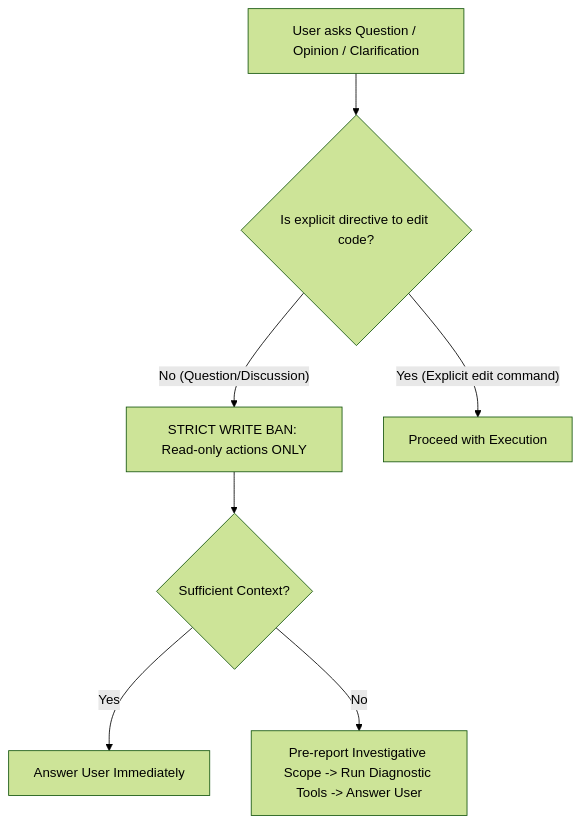
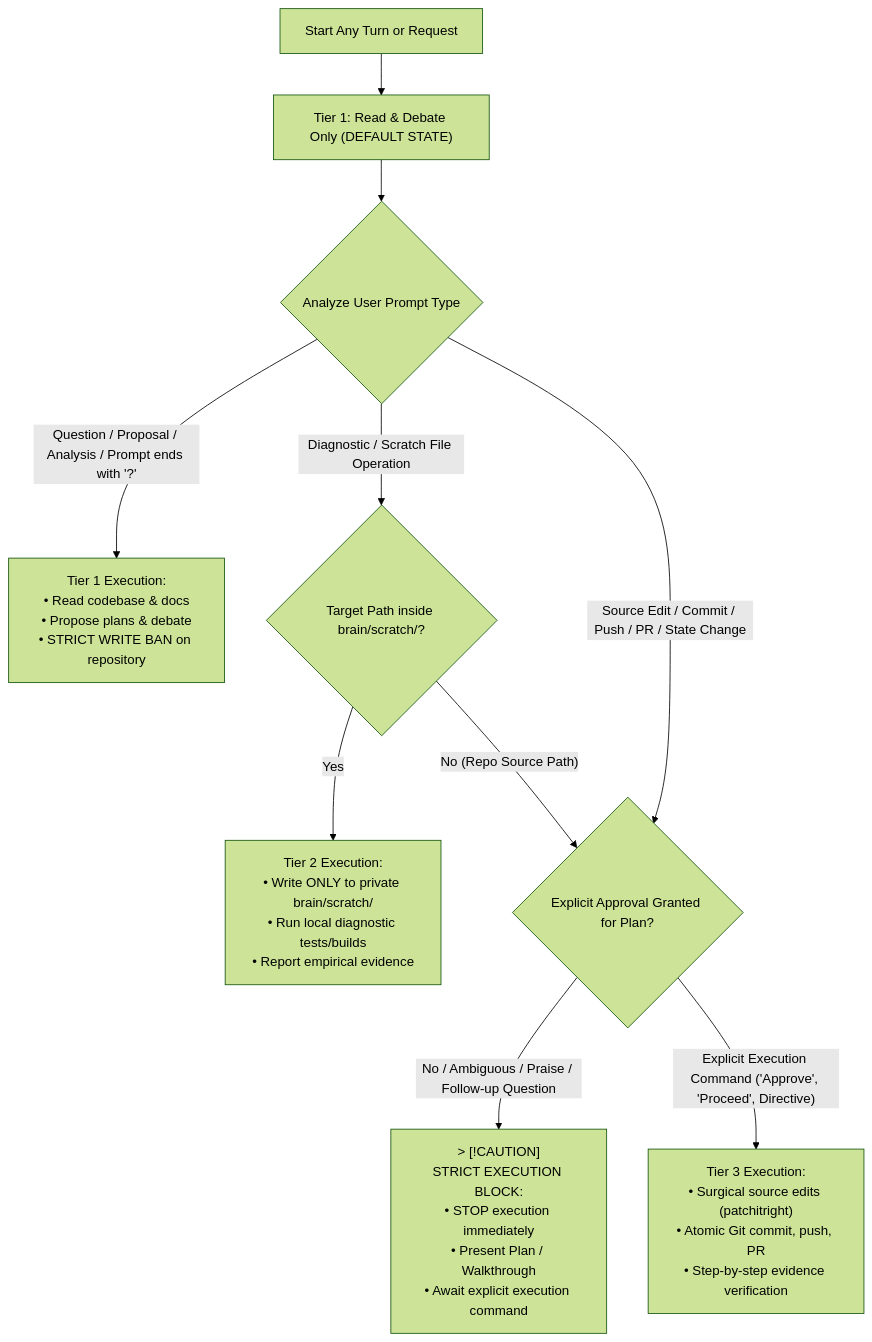
Before and after one commit to loerei/myskills: the second of 7 diagrams in AGENTS.md, drawn with Mermaid (forest theme). The commit also changed other lines of this file, not shown here.

Commit message:
docs: upgrade Section 1 to 3-Tier Execution Framework with explicit approval gates

````diff
--- a/AGENTS.md
+++ b/AGENTS.md
@@ -16,9 +16,18 @@
 ```mermaid
 flowchart TD
-    UserAsk["User asks Question / Opinion / Clarification"] --> DirectiveCheck{"Is explicit directive to edit code?"}
-    DirectiveCheck -->|"No (Question/Discussion)"| WriteBan["STRICT WRITE BAN: Read-only actions ONLY"]
-    WriteBan --> ContextCheck{"Sufficient Context?"}
-    ContextCheck -->|"Yes"| AnswerNow["Answer User Immediately"]
-    ContextCheck -->|"No"| PreReport["Pre-report Investigative Scope -> Run Diagnostic Tools -> Answer User"]
-    DirectiveCheck -->|"Yes (Explicit edit command)"| ProceedEdit["Proceed with Execution"]
+    TurnStart["Start Any Turn or Request"] --> Tier1Default["Tier 1: Read & Debate Only (DEFAULT STATE)"]
+    
+    Tier1Default --> InputAnalysis{"Analyze User Prompt Type"}
+    
+    InputAnalysis -->|"Question / Proposal / Analysis / Prompt ends with '?'"| Tier1Exec["Tier 1 Execution:<br/>• Read codebase & docs<br/>• Propose plans & debate<br/>• STRICT WRITE BAN on repository"]
+    
+    InputAnalysis -->|"Diagnostic / Scratch File Operation"| PathCheck{"Target Path inside brain/scratch/?"}
+    PathCheck -->|"Yes"| Tier2Exec["Tier 2 Execution:<br/>• Write ONLY to private brain/scratch/<br/>• Run local diagnostic tests/builds<br/>• Report empirical evidence"]
+    PathCheck -->|"No (Repo Source Path)"| Tier3Gate
+    
+    InputAnalysis -->|"Source Edit / Commit / Push / PR / State Change"| Tier3Gate{"Explicit Approval Granted for Plan?"}
+    
+    Tier3Gate -->|"No / Ambiguous / Praise / Follow-up Question"| Tier3Block["> [!CAUTION]<br/>STRICT EXECUTION BLOCK:<br/>• STOP execution immediately<br/>• Present Plan / Walkthrough<br/>• Await explicit execution command"]
+    
+    Tier3Gate -->|"Explicit Execution Command ('Approve', 'Proceed', Directive)"| Tier3Exec["Tier 3 Execution:<br/>• Surgical source edits (patchitright)<br/>• Atomic Git commit, push, PR<br/>• Step-by-step evidence verification"]
 ```
````
